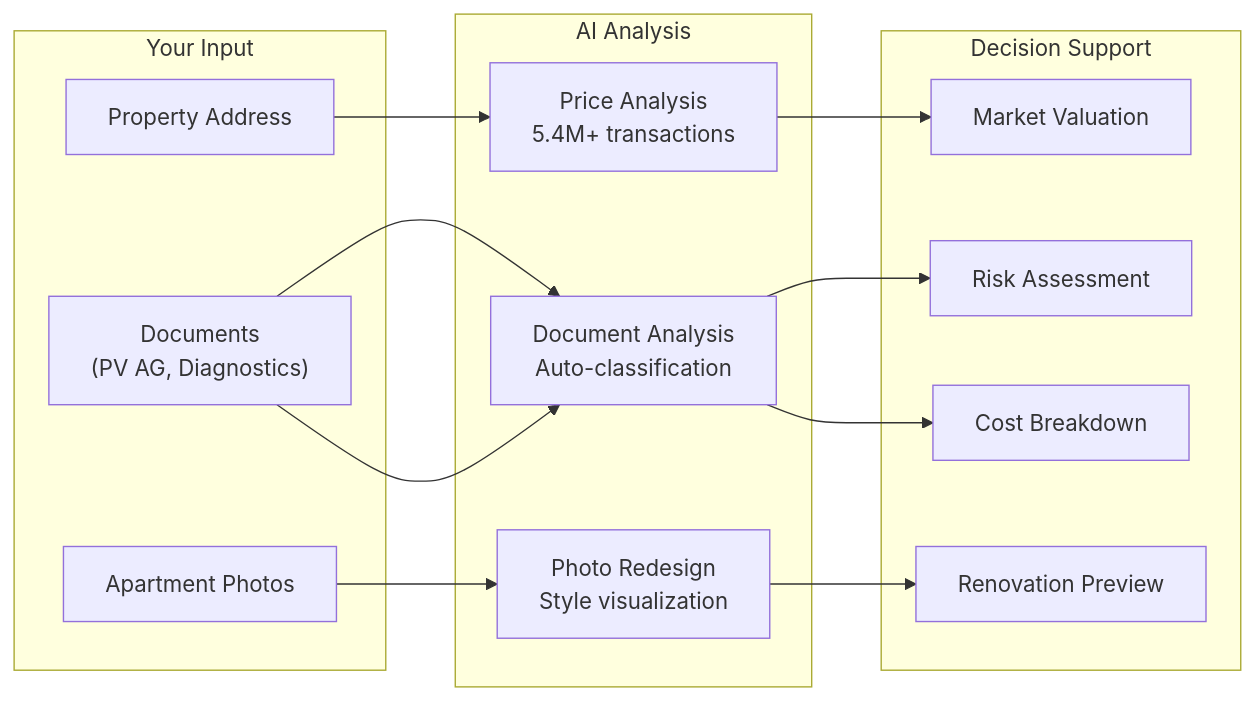
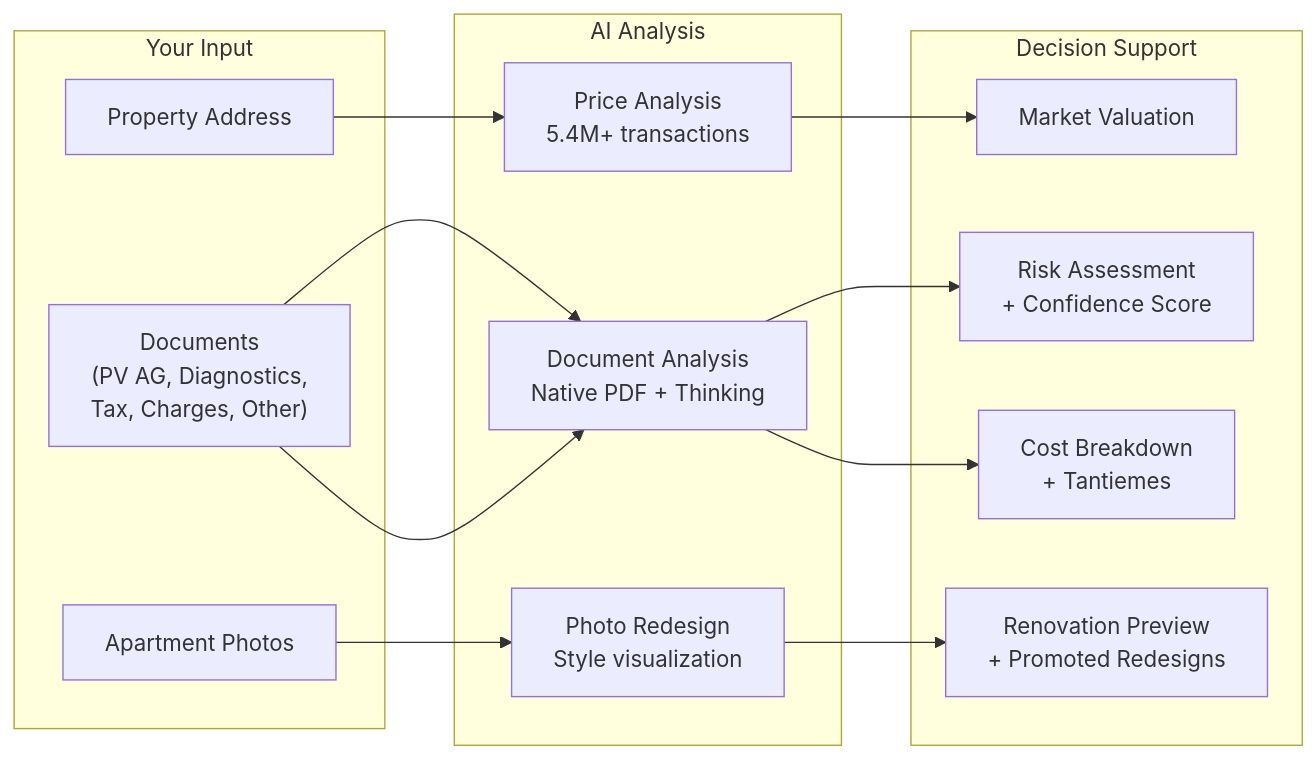
The first of 4 diagrams in docs/index.md (benjamin-karaoglan/AppArtAgent), drawn with Mermaid before and after one commit. The commit also changed other lines of this file and 10 other files, not shown here.

````diff
--- a/docs/index.md
+++ b/docs/index.md
@@ -9,26 +9,26 @@
 ```mermaid
 flowchart LR
     subgraph Input["Your Input"]
         Address["Property Address"]
-        Docs["Documents<br/>(PV AG, Diagnostics)"]
+        Docs["Documents<br/>(PV AG, Diagnostics,<br/>Tax, Charges, Other)"]
         Photos["Apartment Photos"]
     end
 
     subgraph AI["AI Analysis"]
         DVF["Price Analysis<br/>5.4M+ transactions"]
-        DocAI["Document Analysis<br/>Auto-classification"]
+        DocAI["Document Analysis<br/>Native PDF + Thinking"]
         PhotoAI["Photo Redesign<br/>Style visualization"]
     end
 
     subgraph Output["Decision Support"]
         Price["Market Valuation"]
-        Risks["Risk Assessment"]
-        Costs["Cost Breakdown"]
-        Visual["Renovation Preview"]
+        Risks["Risk Assessment<br/>+ Confidence Score"]
+        Costs["Cost Breakdown<br/>+ Tantiemes"]
+        Visual["Renovation Preview<br/>+ Promoted Redesigns"]
     end
 
     Address --> DVF --> Price
     Docs --> DocAI --> Risks
     Docs --> DocAI --> Costs
     Photos --> PhotoAI --> Visual
 ```
````
